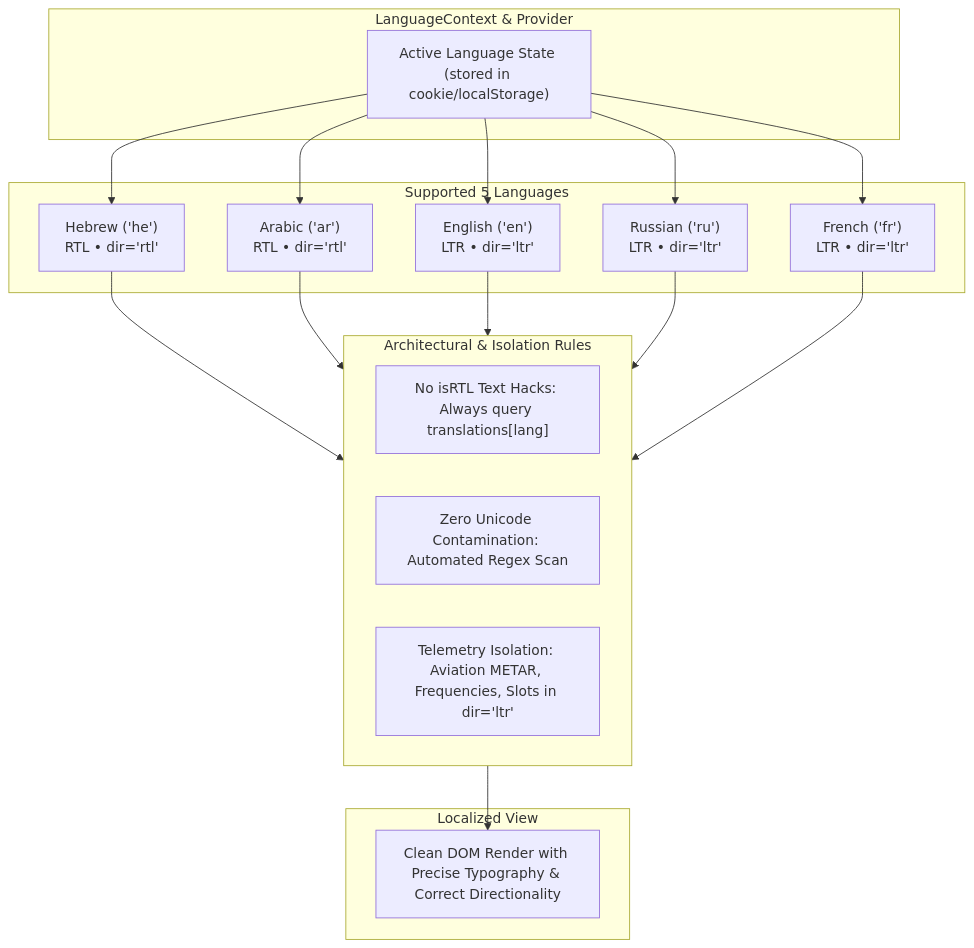
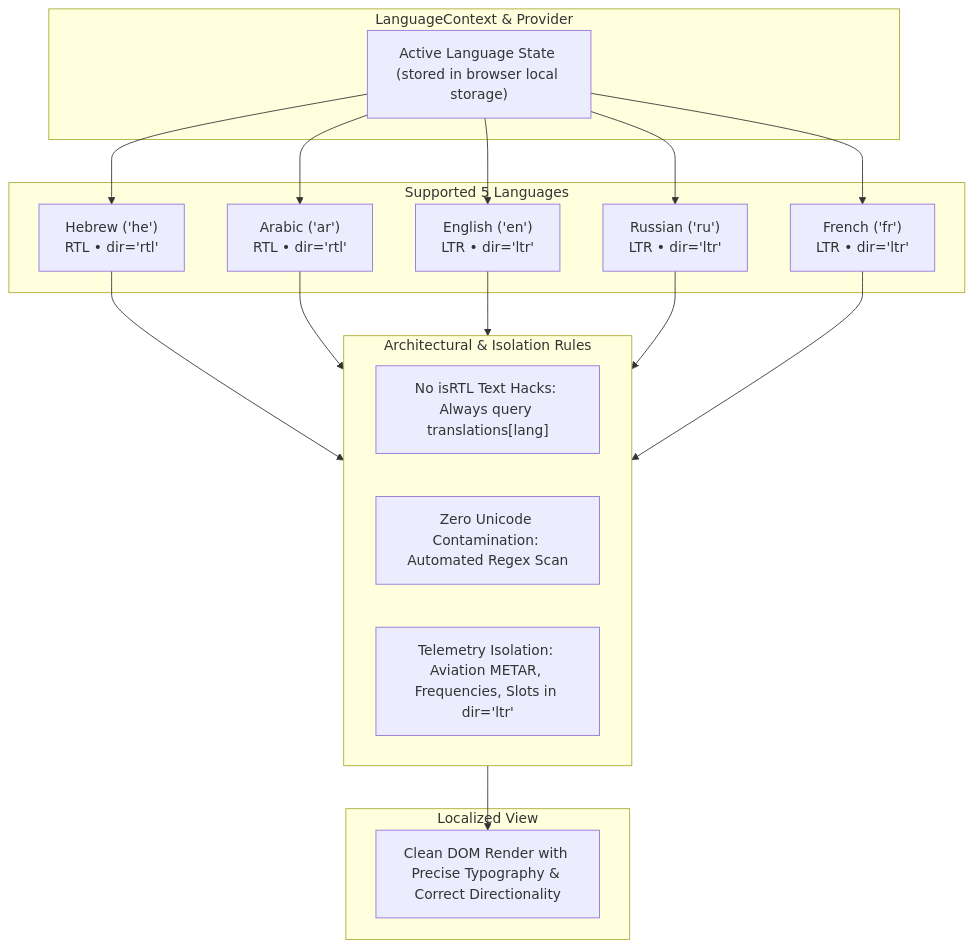
Before and after one commit to hatan4ik/simdream-website: the sixth of 7 diagrams in ARCHITECTURE.md, drawn with Mermaid. The commit also changed 25 other files, not shown here.

````diff
--- a/ARCHITECTURE.md
+++ b/ARCHITECTURE.md
@@ -264,38 +264,38 @@
 ```mermaid
 flowchart TD
     subgraph LangContext["LanguageContext & Provider"]
-        SelectedLang["Active Language State (stored in cookie/localStorage)"]
+        SelectedLang["Active Language State (stored in browser local storage)"]
     end
 
     subgraph Languages["Supported 5 Languages"]
         HE["Hebrew ('he')<br/>RTL • dir='rtl'"]
         AR["Arabic ('ar')<br/>RTL • dir='rtl'"]
         EN["English ('en')<br/>LTR • dir='ltr'"]
         RU["Russian ('ru')<br/>LTR • dir='ltr'"]
         FR["French ('fr')<br/>LTR • dir='ltr'"]
     end
 
     subgraph StrictRules["Architectural & Isolation Rules"]
         Rule1["No isRTL Text Hacks: Always query translations[lang]"]
         Rule2["Zero Unicode Contamination: Automated Regex Scan"]
         Rule3["Telemetry Isolation: Aviation METAR, Frequencies, Slots in dir='ltr'"]
     end
 
     subgraph Output["Localized View"]
         DOM["Clean DOM Render with Precise Typography & Correct Directionality"]
     end
 
     SelectedLang --> HE
     SelectedLang --> AR
     SelectedLang --> EN
     SelectedLang --> RU
     SelectedLang --> FR
 
     HE --> StrictRules
     AR --> StrictRules
     EN --> StrictRules
     RU --> StrictRules
     FR --> StrictRules
 
     StrictRules --> DOM
 ```
````
